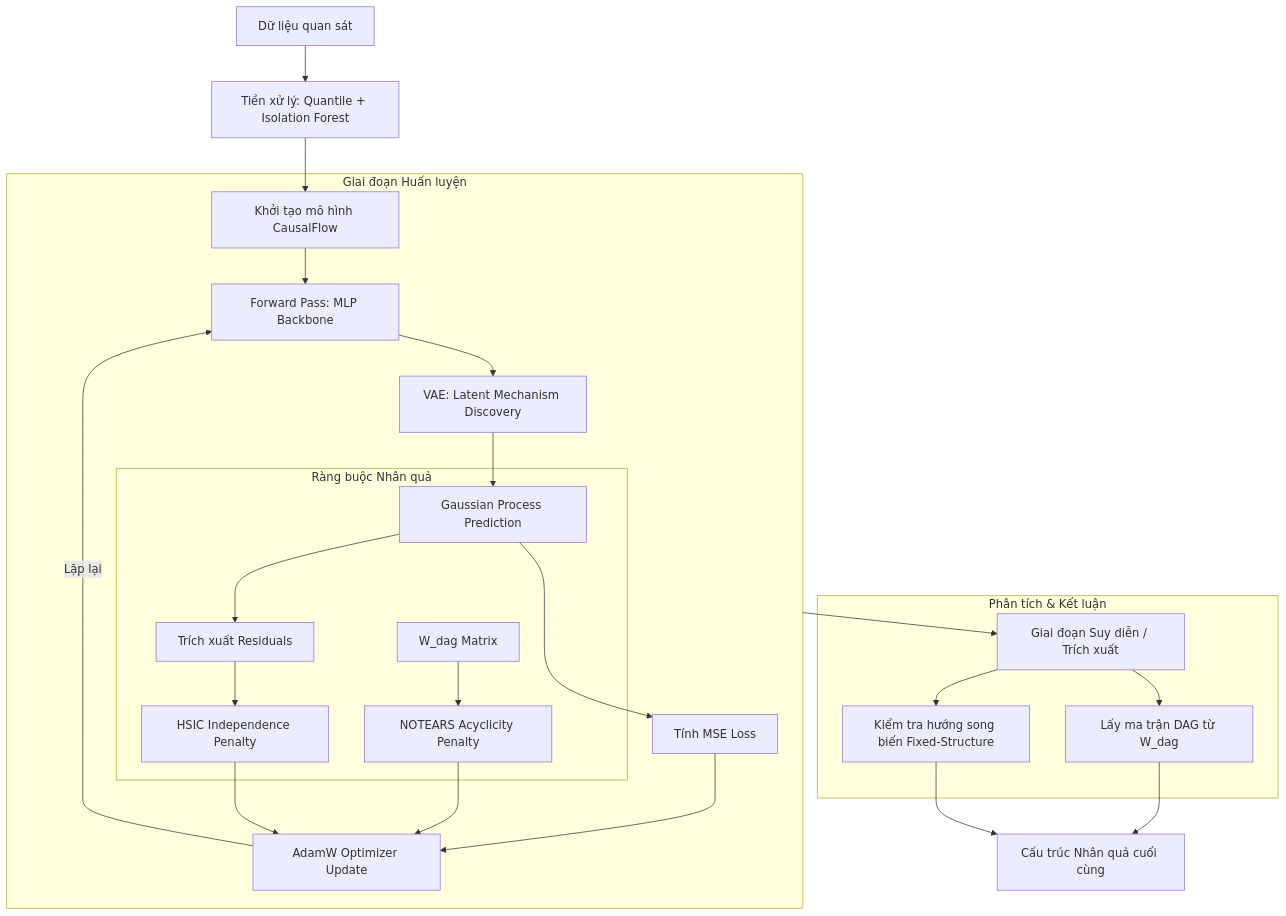
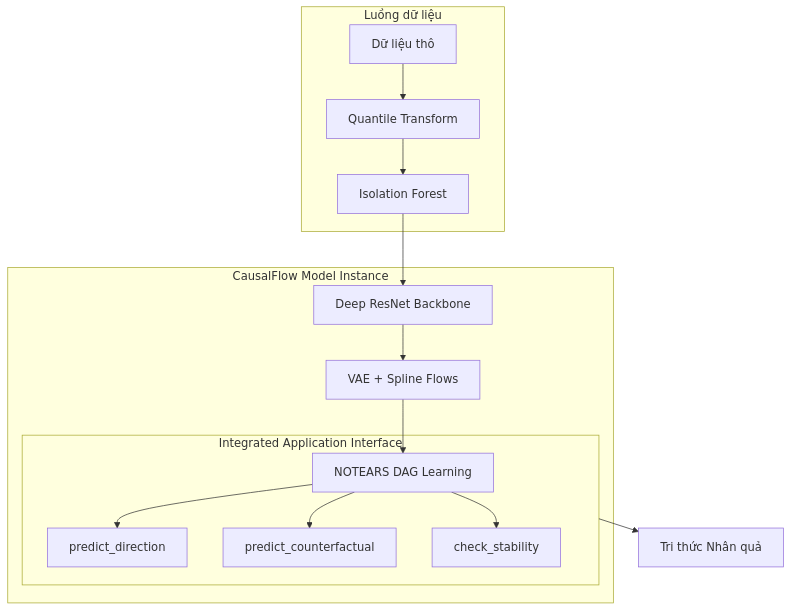
One commit to manhthai1706/CausalFlow changed the first of 2 diagrams in ARCH.md. Above: the diagram before and after it, drawn with Mermaid. The commit also changed other lines of this file and 2 other files, not shown here.

Commit message:
docs: update README, ARCH, and doc to reflect unified CausalFlow architecture and API improvements

````diff
--- a/ARCH.md
+++ b/ARCH.md
@@ -155,35 +11,21 @@
 ```mermaid
 graph TD
-    %% Input Stage
-    DATA[Dữ liệu quan sát] --> PRE[Tiền xử lý: Quantile + Isolation Forest]
-    
-    %% Model Initialization
-    PRE --> INIT[Khởi tạo mô hình CausalFlow]
-    
-    %% Training Loop
-    subgraph Training_Phase [Giai đoạn Huấn luyện]
-        INIT --> FORWARD[Forward Pass: MLP Backbone]
-        FORWARD --> LATENT[VAE: Latent Mechanism Discovery]
-        LATENT --> GP[Gaussian Process Prediction]
-        GP --> REG[Tính MSE Loss]
+    subgraph Data_Pipeline [Luồng dữ liệu]
+        RAW[Dữ liệu thô] --> QT[Quantile Transform]
+        QT --> IF[Isolation Forest]
+    end
+
+    subgraph Unified_Model [CausalFlow Model Instance]
+        IF --> Backbone[Deep ResNet Backbone]
+        Backbone --> Mechanisms[VAE + Spline Flows]
+        Mechanisms --> Optimization[NOTEARS DAG Learning]
         
-        subgraph Constraints [Ràng buộc Nhân quả]
-            W[W_dag Matrix] --> NT[NOTEARS Acyclicity Penalty]
-            GP --> RES[Trích xuất Residuals]
-            RES --> HSIC[HSIC Independence Penalty]
+        subgraph API [Integrated Application Interface]
+            Optimization --> CD[predict_direction]
+            Optimization --> CF[predict_counterfactual]
+            Optimization --> STAB[check_stability]
         end
-        
-        REG & NT & HSIC --> OPT[AdamW Optimizer Update]
-        OPT -->|Lặp lại| FORWARD
     end
-    
-    %% Inference Phase
-    Training_Phase --> INF[Giai đoạn Suy diễn / Trích xuất]
-    
-    subgraph Analysis_Phase [Phân tích & Kết luận]
-        INF --> DAG_MAT[Lấy ma trận DAG từ W_dag]
-        INF --> BIV_TEST[Kiểm tra hướng song biến Fixed-Structure]
-    end
-    
-    DAG_MAT & BIV_TEST --> OUTPUT[Cấu trúc Nhân quả cuối cùng]
+
+    API --> Insight[Tri thức Nhân quả]
 ```
````
